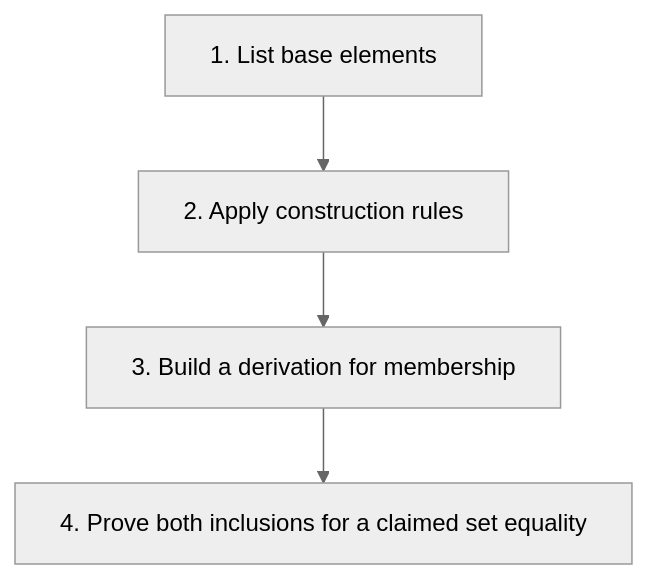
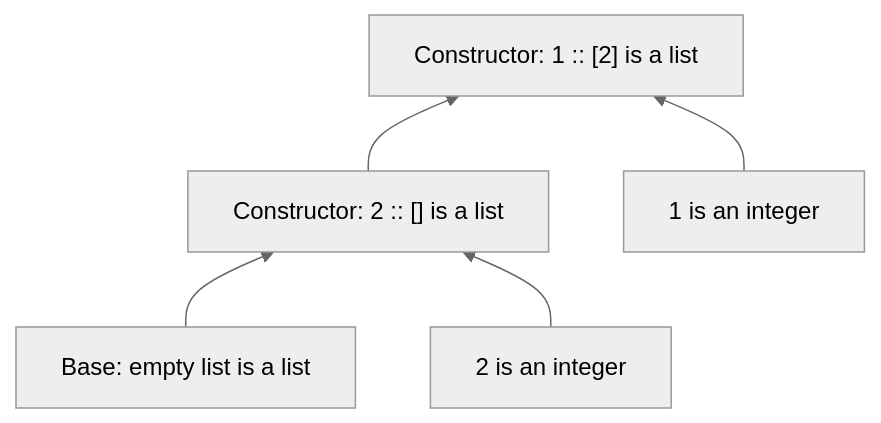
Before and after one commit to S0lluxx26/Programming_language_book_analyze: the diagram in dist/assets/diagrams/textbook-01-3.mmd, drawn with Mermaid (neutral theme). The commit also changed 106 other files, not shown here.

```diff
--- a/dist/assets/diagrams/textbook-01-3.mmd
+++ b/dist/assets/diagrams/textbook-01-3.mmd
@@ -1,11 +1,7 @@
-%%{init: {"flowchart": {"wrappingWidth": 600}}}%%
-flowchart TD
-  accTitle: Lecture 1 reasoning route
-  accDescr: Numbered stages for applying inductive definitions i.
-  N0["1. List base elements"]
-  N1["2. Apply construction rules"]
-  N0 --> N1
-  N2["3. Build a derivation for membership"]
-  N1 --> N2
-  N3["4. Prove both inclusions for a claimed set equality"]
-  N2 --> N3
+flowchart BT
+  accTitle: Chapter 1 - premises build a list derivation
+  accDescr: The empty list and the integer two justify the singleton; that singleton and one justify the two-element list.
+  E["Base: empty list is a list"] --> S["Constructor: 2 :: [] is a list"]
+  N2["2 is an integer"] --> S
+  S --> L["Constructor: 1 :: [2] is a list"]
+  N1["1 is an integer"] --> L
```
